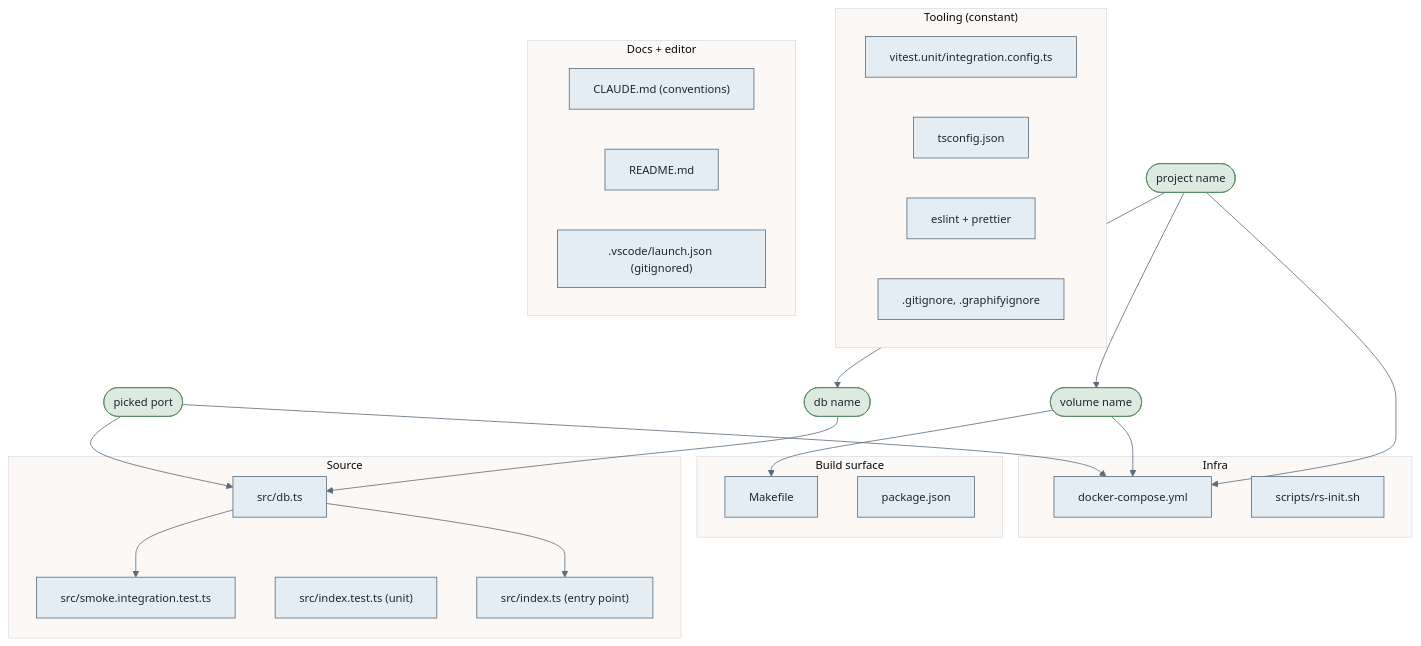
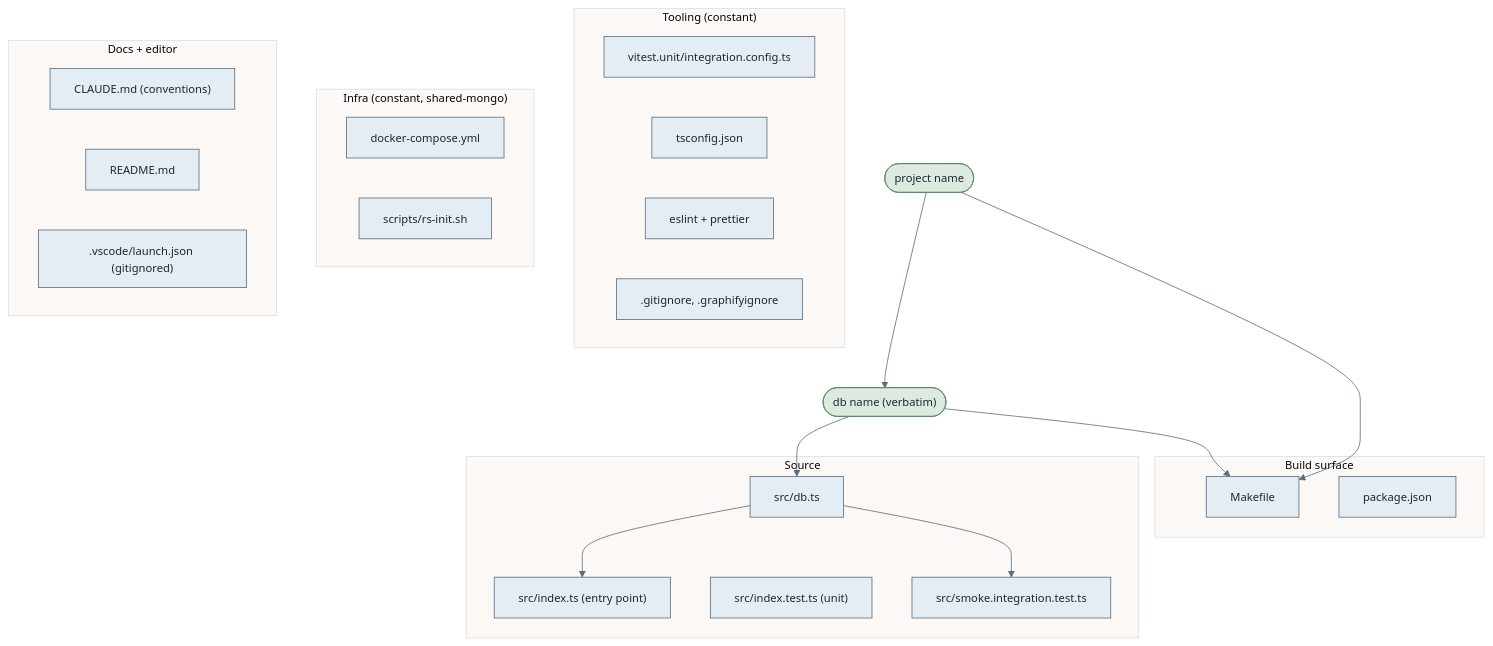
The third of 4 diagrams in docs/scripts.md (omerosaienni/agent-sdlc), drawn with Mermaid before and after one commit. The commit also changed other lines of this file and 6 other files, not shown here.

Commit message:
migrate generator, skill and docs to the shared-mongo model

````diff
--- a/docs/scripts.md
+++ b/docs/scripts.md
@@ -91,48 +90,44 @@
 ```mermaid
 %%{init: {'theme':'base','themeVariables':{'primaryColor':'#e4edf4','primaryTextColor':'#1d2733','primaryBorderColor':'#5b6b7a','lineColor':'#5b6b7a','fontSize':'14px'}}}%%
 flowchart TD
-    port(["picked port"]) --> compose
-    port --> dbts
-    name(["project name"]) --> compose
-    name --> volume(["volume name"])
-    volume --> compose
-    volume --> makefile
-    name --> dbname(["db name"])
+    name(["project name"]) --> dbname(["db name (verbatim)"])
     dbname --> dbts
+    dbname --> makefile
+    name --> makefile
 
     subgraph tooling["Tooling (constant)"]
         vitest["vitest.unit/integration.config.ts"]
         tsconfig["tsconfig.json"]
         lint["eslint + prettier"]
         ignores[".gitignore, .graphifyignore"]
     end
 
-    subgraph infra["Infra"]
+    subgraph infra["Infra (constant, shared-mongo)"]
         compose["docker-compose.yml"]
         rsinit["scripts/rs-init.sh"]
     end
 
     subgraph source["Source"]
         dbts["src/db.ts"]
         index["src/index.ts (entry point)"]
         indextest["src/index.test.ts (unit)"]
         smoke["src/smoke.integration.test.ts"]
     end
 
     subgraph build["Build surface"]
         makefile["Makefile"]
         pkg["package.json"]
     end
 
     subgraph docs["Docs + editor"]
         claude["CLAUDE.md (conventions)"]
         readme["README.md"]
         vscode[".vscode/launch.json (gitignored)"]
     end
 
     dbts --> index
     dbts --> smoke
 
     classDef param fill:#dceadf,stroke:#5a8a66,color:#1d2733;
-    class port,name,volume,dbname param;
+    class name,dbname param;
 ```
````
